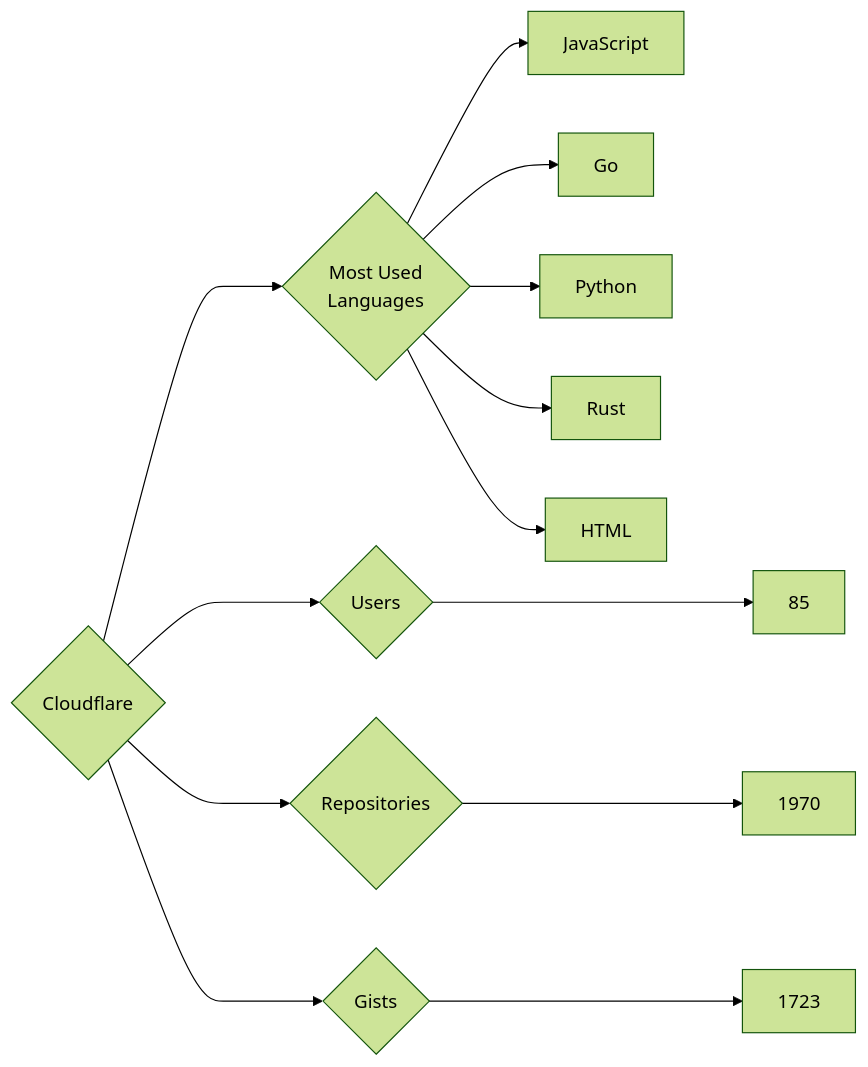
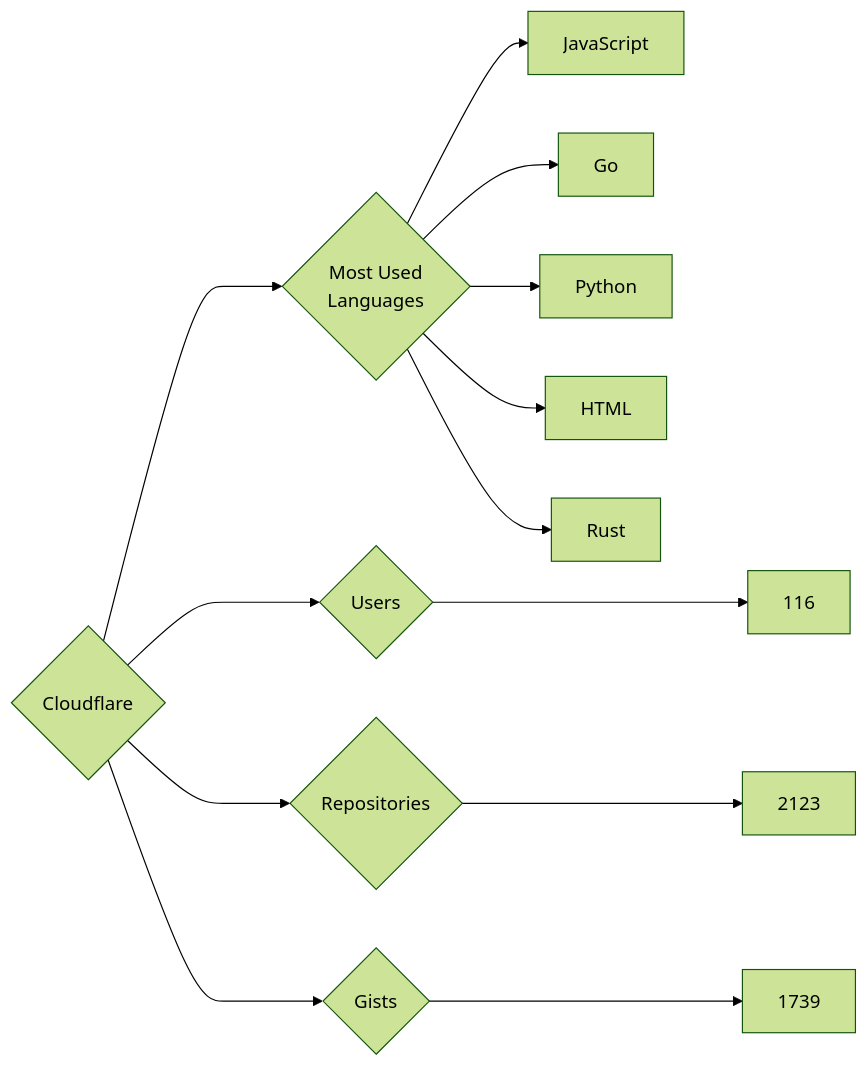
Before and after one commit to trickest/insiders: the diagram in targets/Cloudflare/README.md, drawn with Mermaid (forest theme). The commit also changed 874 other files, not shown here.

````diff
--- a/targets/Cloudflare/README.md
+++ b/targets/Cloudflare/README.md
@@ -3,13 +3,13 @@
 ```mermaid
 graph LR
 COMPANY_NAME{Cloudflare}
-COMPANY_NAME ---> U{Users} ---> UN[85]
-COMPANY_NAME ---> R{Repositories} ---> RN[1970]
-COMPANY_NAME ---> G{Gists} ---> GN[1723]
+COMPANY_NAME ---> U{Users} ---> UN[116]
+COMPANY_NAME ---> R{Repositories} ---> RN[2123]
+COMPANY_NAME ---> G{Gists} ---> GN[1739]
 COMPANY_NAME ---> ML{Most Used<br>Languages}
 ML --> JavaScript[JavaScript]
 ML --> Go[Go]
 ML --> Python[Python]
+ML --> HTML[HTML]
 ML --> Rust[Rust]
-ML --> HTML[HTML]
 ```
````
